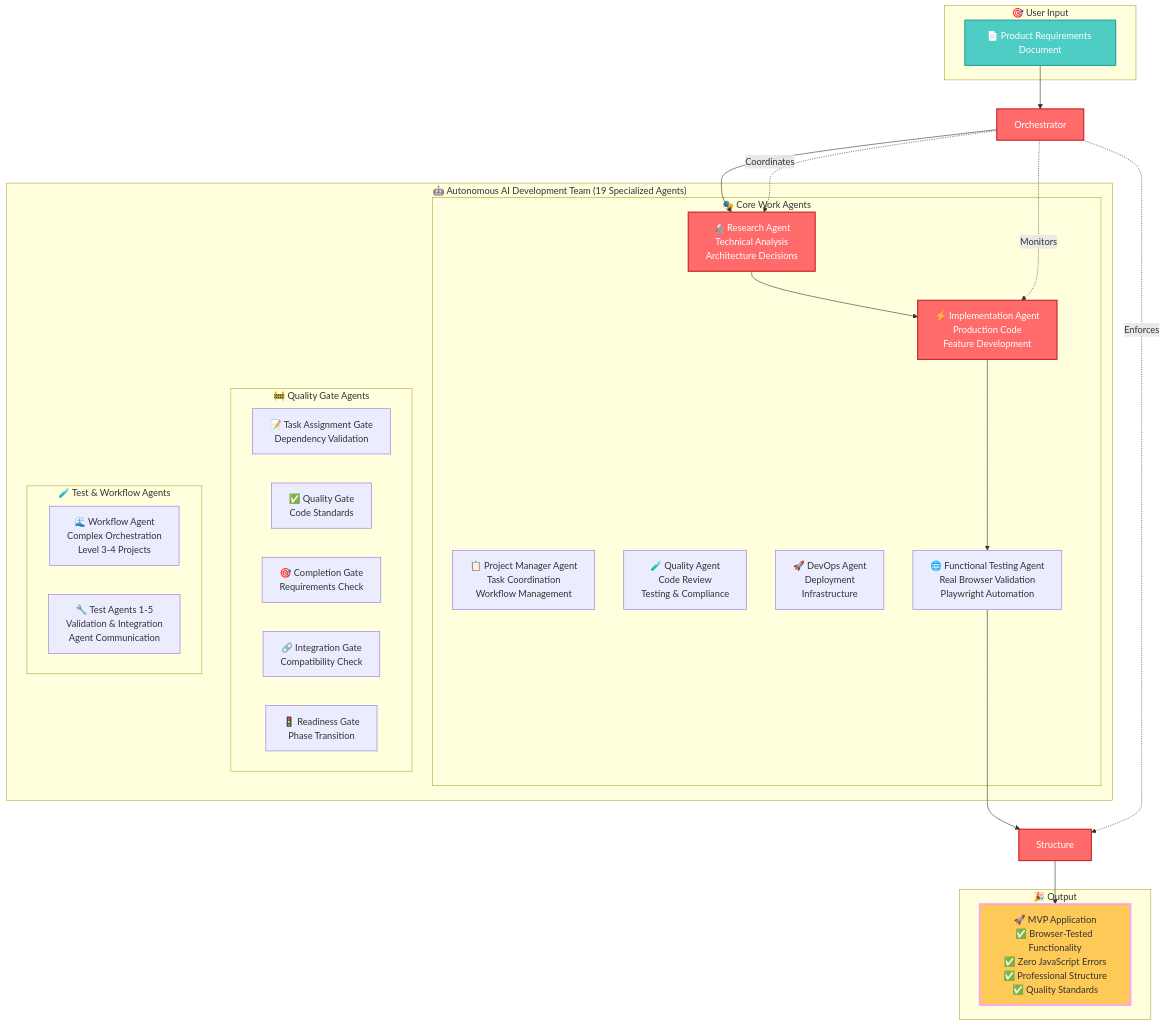
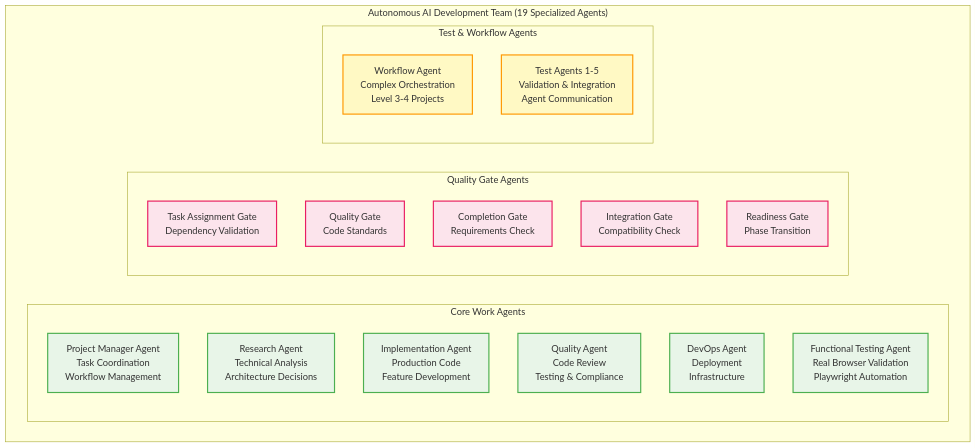
Before and after one commit to vanzan01/claude-code-sub-agent-collective: the first of 2 diagrams in README.md, drawn with Mermaid. The commit also changed other lines of this file and 1 other file, not shown here.

First line of the commit message:
docs: Update README with accurate technical architecture and MCP dependencies

````diff
--- a/README.md
+++ b/README.md
@@ -30,53 +43,34 @@
 ```mermaid
 graph TB
-    subgraph "🎯 User Input"
-        PRD[📄 Product Requirements Document]
-    end
-    
-    subgraph "🤖 Autonomous AI Development Team (19 Specialized Agents)"
-        subgraph "🎭 Core Work Agents"
-            PM[📋 Project Manager Agent<br/>Task Coordination<br/>Workflow Management]
-            Research[🔬 Research Agent<br/>Technical Analysis<br/>Architecture Decisions]
-            Implementation[⚡ Implementation Agent<br/>Production Code<br/>Feature Development]
-            Quality[🧪 Quality Agent<br/>Code Review<br/>Testing & Compliance]
-            DevOps[🚀 DevOps Agent<br/>Deployment<br/>Infrastructure]
-            FuncTest[🌐 Functional Testing Agent<br/>Real Browser Validation<br/>Playwright Automation]
+    subgraph "Autonomous AI Development Team (19 Specialized Agents)"
+        subgraph "Core Work Agents"
+            PM[Project Manager Agent<br/>Task Coordination<br/>Workflow Management]
+            Research[Research Agent<br/>Technical Analysis<br/>Architecture Decisions]
+            Implementation[Implementation Agent<br/>Production Code<br/>Feature Development]
+            Quality[Quality Agent<br/>Code Review<br/>Testing & Compliance]
+            DevOps[DevOps Agent<br/>Deployment<br/>Infrastructure]
+            FuncTest[Functional Testing Agent<br/>Real Browser Validation<br/>Playwright Automation]
         end
         
-        subgraph "🚧 Quality Gate Agents"
-            TaskGate[📝 Task Assignment Gate<br/>Dependency Validation]
-            QualityGate[✅ Quality Gate<br/>Code Standards]
-            CompletionGate[🎯 Completion Gate<br/>Requirements Check]
-            IntegrationGate[🔗 Integration Gate<br/>Compatibility Check]
-            ReadinessGate[🚦 Readiness Gate<br/>Phase Transition]
+        subgraph "Quality Gate Agents"
+            TaskGate[Task Assignment Gate<br/>Dependency Validation]
+            QualityGate[Quality Gate<br/>Code Standards]
+            CompletionGate[Completion Gate<br/>Requirements Check]
+            IntegrationGate[Integration Gate<br/>Compatibility Check]
+            ReadinessGate[Readiness Gate<br/>Phase Transition]
         end
         
-        subgraph "🧪 Test & Workflow Agents"
-            WorkflowAgent[🌊 Workflow Agent<br/>Complex Orchestration<br/>Level 3-4 Projects]
-            TestAgents[🔧 Test Agents 1-5<br/>Validation & Integration<br/>Agent Communication]
+        subgraph "Test & Workflow Agents"
+            WorkflowAgent[Workflow Agent<br/>Complex Orchestration<br/>Level 3-4 Projects]
+            TestAgents[Test Agents 1-5<br/>Validation & Integration<br/>Agent Communication]
         end
     end
     
-    subgraph "🎉 Output"
-        App[🚀 MVP Application<br/>✅ Browser-Tested Functionality<br/>✅ Zero JavaScript Errors<br/>✅ Professional Structure<br/>✅ Quality Standards]
-    end
+    classDef agent fill:#e8f5e8,stroke:#4caf50,stroke-width:2px
+    classDef gate fill:#fce4ec,stroke:#e91e63,stroke-width:2px
+    classDef test fill:#fff9c4,stroke:#ff9800,stroke-width:2px
     
-    PRD --> Orchestrator
-    Orchestrator --> Research
-    Research --> Implementation
-    Implementation --> FuncTest
-    FuncTest --> Structure
-    Structure --> App
-    
-    Orchestrator -.->|Coordinates| Research
-    Orchestrator -.->|Monitors| Implementation
-    Orchestrator -.->|Enforces| Structure
-    
-    classDef agent fill:#ff6b6b,stroke:#c92a2a,stroke-width:2px,color:#fff
-    classDef input fill:#4ecdc4,stroke:#26a69a,stroke-width:2px,color:#fff
-    classDef output fill:#feca57,stroke:#ff9ff3,stroke-width:3px,color:#333
-    
-    class Orchestrator,Research,Implementation,Structure agent
-    class PRD input
-    class App output
+    class PM,Research,Implementation,Quality,DevOps,FuncTest agent
+    class TaskGate,QualityGate,CompletionGate,IntegrationGate,ReadinessGate gate
+    class WorkflowAgent,TestAgents test
 ```
````
